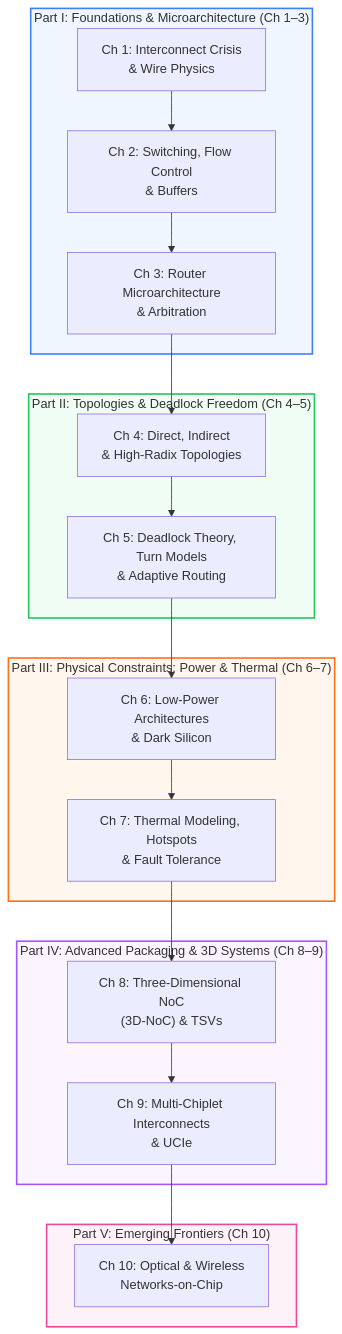
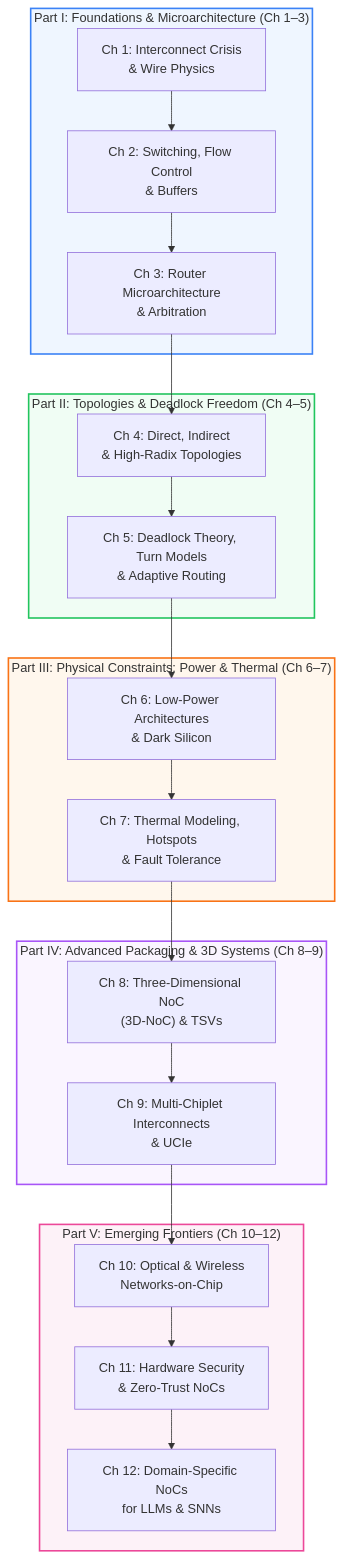
Before and after one commit to network-on-chip/learning: the diagram in docs/textbook/index.md, drawn with Mermaid. The commit also changed other lines of this file and 6 other files, not shown here.

````diff
--- a/docs/textbook/index.md
+++ b/docs/textbook/index.md
@@ -111,32 +130,34 @@
 ```mermaid
 graph TD
   subgraph Part1 ["Part I: Foundations & Microarchitecture (Ch 1–3)"]
     Ch1["Ch 1: Interconnect Crisis<br/>& Wire Physics"] --> Ch2["Ch 2: Switching, Flow Control<br/>& Buffers"]
     Ch2 --> Ch3["Ch 3: Router Microarchitecture<br/>& Arbitration"]
   end
 
   subgraph Part2 ["Part II: Topologies & Deadlock Freedom (Ch 4–5)"]
     Ch3 --> Ch4["Ch 4: Direct, Indirect<br/>& High-Radix Topologies"]
     Ch4 --> Ch5["Ch 5: Deadlock Theory, Turn Models<br/>& Adaptive Routing"]
   end
 
   subgraph Part3 ["Part III: Physical Constraints: Power & Thermal (Ch 6–7)"]
     Ch5 --> Ch6["Ch 6: Low-Power Architectures<br/>& Dark Silicon"]
     Ch6 --> Ch7["Ch 7: Thermal Modeling, Hotspots<br/>& Fault Tolerance"]
   end
 
   subgraph Part4 ["Part IV: Advanced Packaging & 3D Systems (Ch 8–9)"]
     Ch7 --> Ch8["Ch 8: Three-Dimensional NoC<br/>(3D-NoC) & TSVs"]
     Ch8 --> Ch9["Ch 9: Multi-Chiplet Interconnects<br/>& UCIe"]
   end
 
-  subgraph Part5 ["Part V: Emerging Frontiers (Ch 10)"]
+  subgraph Part5 ["Part V: Emerging Frontiers (Ch 10–12)"]
     Ch9 --> Ch10["Ch 10: Optical & Wireless<br/>Networks-on-Chip"]
+    Ch10 --> Ch11["Ch 11: Hardware Security<br/>& Zero-Trust NoCs"]
+    Ch11 --> Ch12["Ch 12: Domain-Specific NoCs<br/>for LLMs & SNNs"]
   end
 
   style Part1 fill:#eff6ff,stroke:#3b82f6,stroke-width:2px;
   style Part2 fill:#f0fdf4,stroke:#22c55e,stroke-width:2px;
   style Part3 fill:#fff7ed,stroke:#f97316,stroke-width:2px;
   style Part4 fill:#faf5ff,stroke:#a855f7,stroke-width:2px;
   style Part5 fill:#fdf2f8,stroke:#ec4899,stroke-width:2px;
 ```
````
